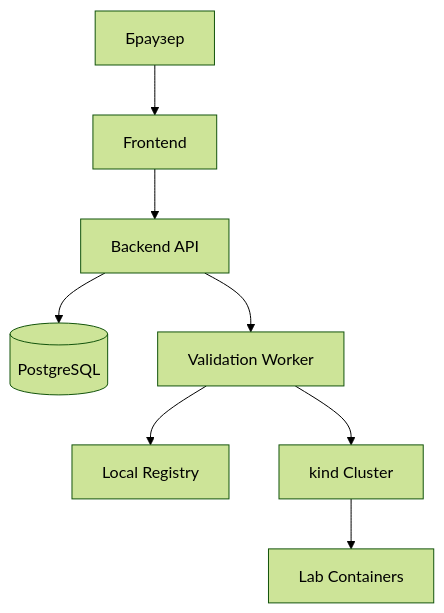
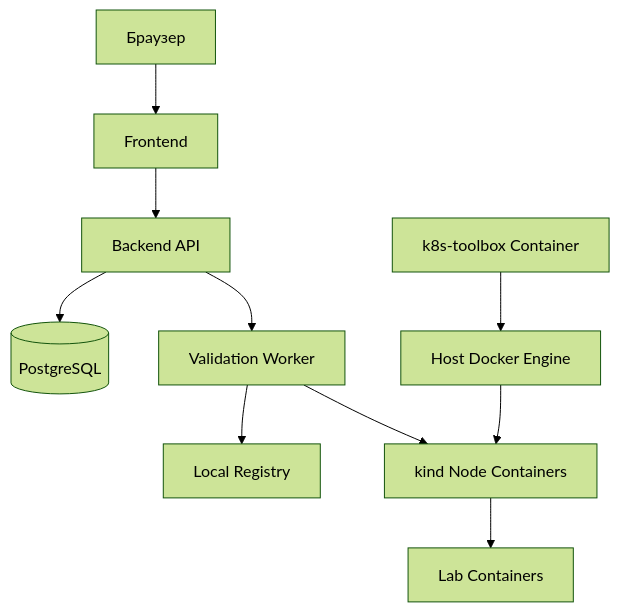
The diagram in docs/local-kind.md (nkolomiika/PEP), drawn with Mermaid (forest theme) before and after one commit. The commit also changed other lines of this file and 19 other files, not shown here.

````diff
--- a/docs/local-kind.md
+++ b/docs/local-kind.md
@@ -19,10 +20,12 @@
 ```mermaid
 flowchart TD
     Browser[Браузер] --> Frontend[Frontend]
     Frontend --> Backend[Backend API]
     Backend --> Postgres[(PostgreSQL)]
     Backend --> Worker[Validation Worker]
     Worker --> Registry[Local Registry]
-    Worker --> Kind[kind Cluster]
+    Toolbox[k8s-toolbox Container] --> Docker[Host Docker Engine]
+    Docker --> Kind[kind Node Containers]
+    Worker --> Kind
     Kind --> Labs[Lab Containers]
 ```
````
